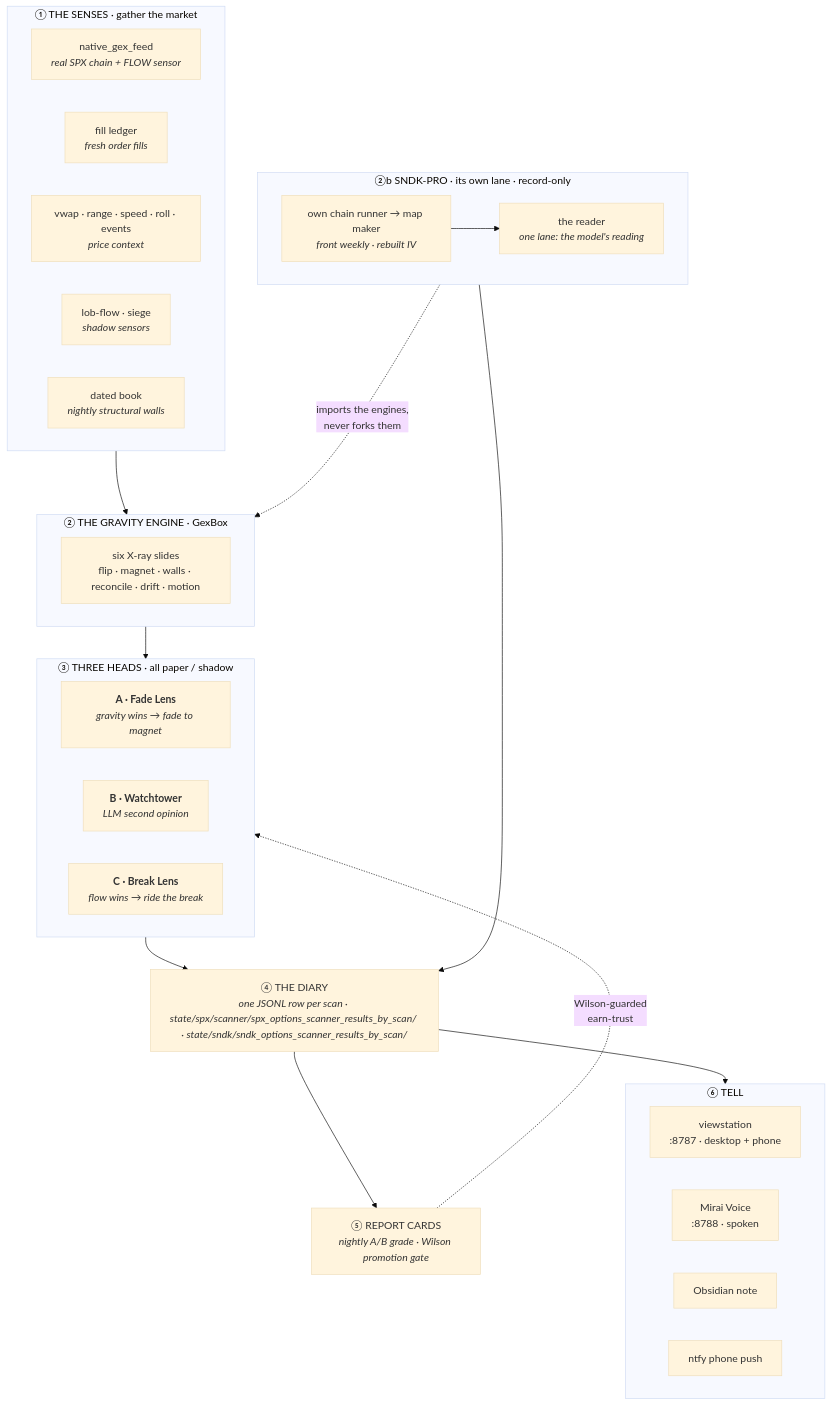
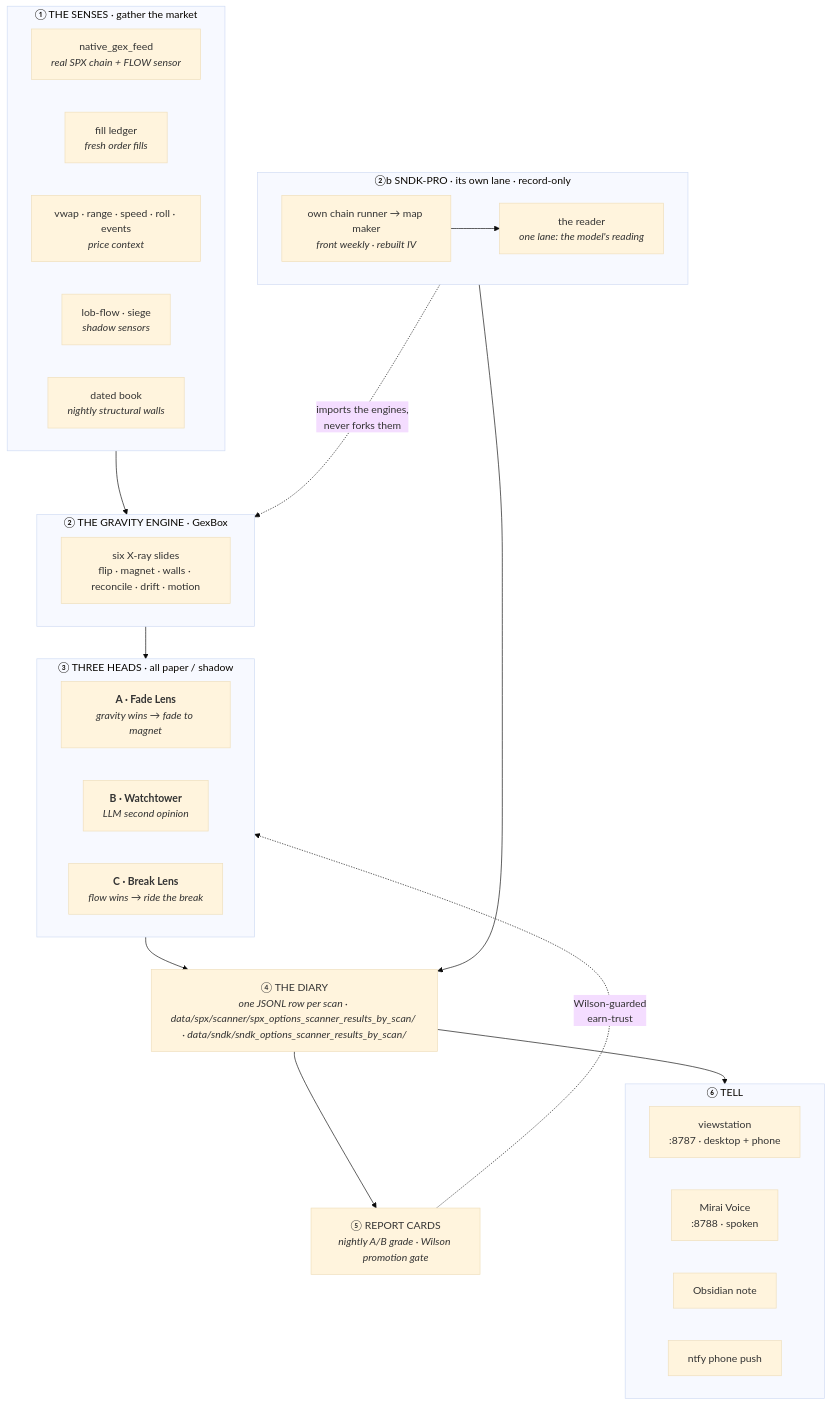
One commit to fivestone14/mirai-station changed the diagram in README.md. Above: the diagram before and after it, drawn with Mermaid (base theme). The commit also changed other lines of this file and 23 other files, not shown here.

````diff
--- a/README.md
+++ b/README.md
@@ -55,47 +55,47 @@
 ```mermaid
 flowchart TB
   subgraph SENSES["① THE SENSES · gather the market"]
     direction LR
     THETA["native_gex_feed<br/><i>real SPX chain + FLOW sensor</i>"]
     FILL["fill ledger<br/><i>fresh order fills</i>"]
     CTX["vwap · range · speed · roll · events<br/><i>price context</i>"]
     LOB["lob-flow · siege<br/><i>shadow sensors</i>"]
     DATED["dated book<br/><i>nightly structural walls</i>"]
   end
 
   subgraph ENGINE["② THE GRAVITY ENGINE · GexBox"]
     GEX["six X-ray slides<br/>flip · magnet · walls · reconcile · drift · motion"]
   end
 
   subgraph HEADS["③ THREE HEADS · all paper / shadow"]
     direction LR
     FADE["<b>A · Fade Lens</b><br/><i>gravity wins → fade to magnet</i>"]
     WT["<b>B · Watchtower</b><br/><i>LLM second opinion</i>"]
     BREAK["<b>C · Break Lens</b><br/><i>flow wins → ride the break</i>"]
   end
 
   subgraph SNDKPRO["②b SNDK-PRO · its own lane · record-only"]
     direction LR
     SFEED["own chain runner → map maker<br/><i>front weekly · rebuilt IV</i>"]
     SREAD["the reader<br/><i>one lane: the model's reading</i>"]
     SFEED --> SREAD
   end
 
-  DIARY["④ THE DIARY<br/><i>one JSONL row per scan · state/spx/scanner/spx_options_scanner_results_by_scan/ · state/sndk/sndk_options_scanner_results_by_scan/</i>"]
+  DIARY["④ THE DIARY<br/><i>one JSONL row per scan · data/spx/scanner/spx_options_scanner_results_by_scan/ · data/sndk/sndk_options_scanner_results_by_scan/</i>"]
   CARD["⑤ REPORT CARDS<br/><i>nightly A/B grade · Wilson promotion gate</i>"]
 
   subgraph TELL["⑥ TELL"]
     direction LR
     VIEW["viewstation<br/>:8787 · desktop + phone"]
     VOICE["Mirai Voice<br/>:8788 · spoken"]
     NOTE["Obsidian note"]
     BELL["ntfy phone push"]
   end
 
   SENSES --> ENGINE --> HEADS --> DIARY
   SNDKPRO -. "imports the engines,<br/>never forks them" .-> ENGINE
   SNDKPRO --> DIARY
   DIARY --> CARD
   CARD -. "Wilson-guarded<br/>earn-trust" .-> HEADS
   DIARY --> TELL
 ```
````
